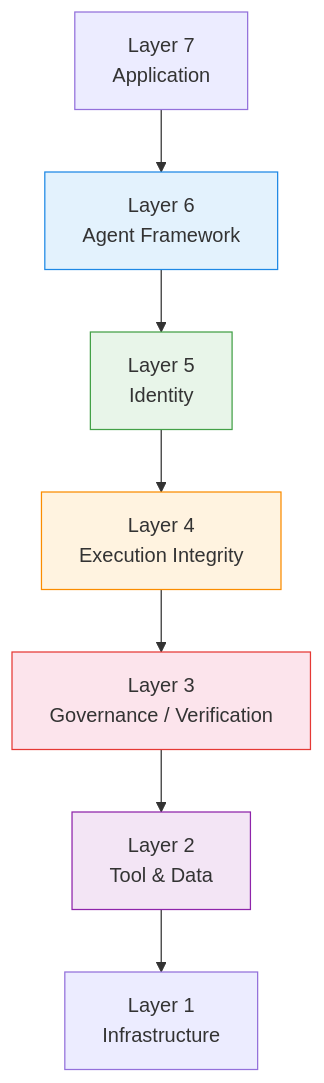
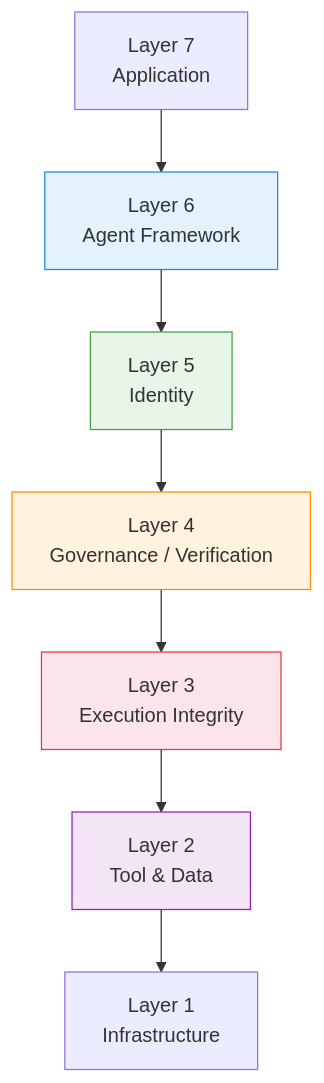
Before and after one commit to joy7758/fdo-kernel-mvk: the diagram in docs/assets/agent-runtime-osi.mmd, drawn with Mermaid. The commit also changed 35 other files, not shown here.

Commit message:
refactor(mvk): constrain kernel to execution-integrity role

```diff
--- a/docs/assets/agent-runtime-osi.mmd
+++ b/docs/assets/agent-runtime-osi.mmd
@@ -1,27 +1,27 @@
 flowchart TD
     A["Layer 7<br>Application"]
     B["Layer 6<br>Agent Framework"]
     C["Layer 5<br>Identity"]
-    D["Layer 4<br>Execution Integrity"]
-    E["Layer 3<br>Governance / Verification"]
+    D["Layer 4<br>Governance / Verification"]
+    E["Layer 3<br>Execution Integrity"]
     F["Layer 2<br>Tool & Data"]
     G["Layer 1<br>Infrastructure"]
 
     A --> B
     B --> C
     C --> D
     D --> E
     E --> F
     F --> G
 
     B:::framework
     C:::identity
     D:::integrity
     E:::governance
     F:::tools
 
     classDef framework fill:#E3F2FD,stroke:#1E88E5
     classDef identity fill:#E8F5E9,stroke:#43A047
     classDef integrity fill:#FFF3E0,stroke:#FB8C00
     classDef governance fill:#FCE4EC,stroke:#E53935
     classDef tools fill:#F3E5F5,stroke:#8E24AA
```
